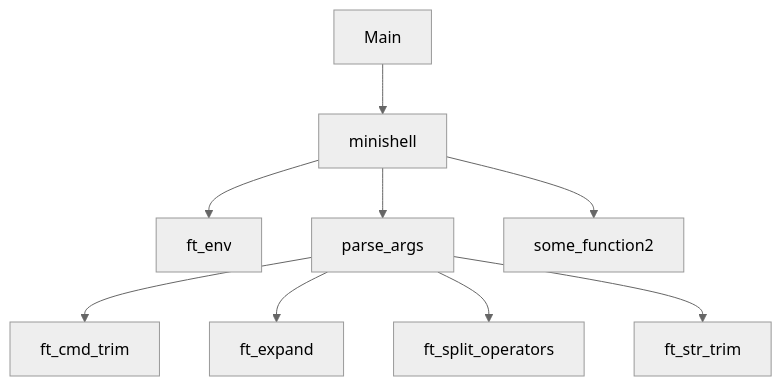
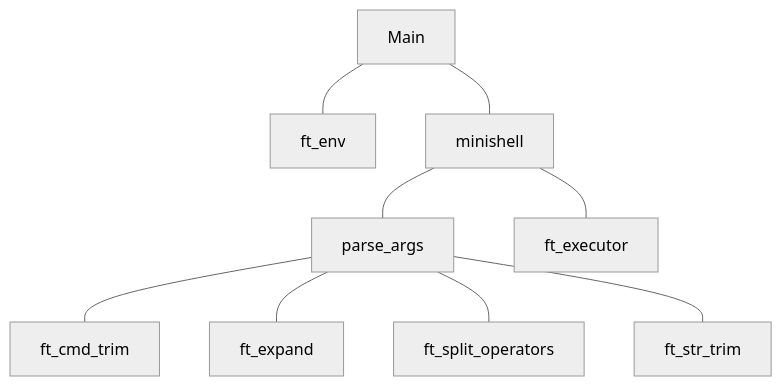
The diagram in README.md (DeRuina/minishell), drawn with Mermaid (neutral theme) before and after one commit. The commit also changed other lines of this file, not shown here.

````diff
--- a/README.md
+++ b/README.md
@@ -3,11 +6,11 @@
 ```mermaid
 flowchart TD
-    A[Main] --> C[minishell]
-    C --> B[ft_env]
-    C --> D[parse_args]
-    D --> E[ft_cmd_trim]
-    D --> F[ft_expand]
-    D --> G[ft_split_operators]
-    D --> H[ft_str_trim]
-    C --> I[some_function2]
+    A --- B[ft_env]
+    A[Main] --- C[minishell]
+    C --- D[parse_args]
+    D --- E[ft_cmd_trim]
+    D --- F[ft_expand]
+    D --- G[ft_split_operators]
+    D --- H[ft_str_trim]
+    C --- I[ft_executor]
 ```
````
